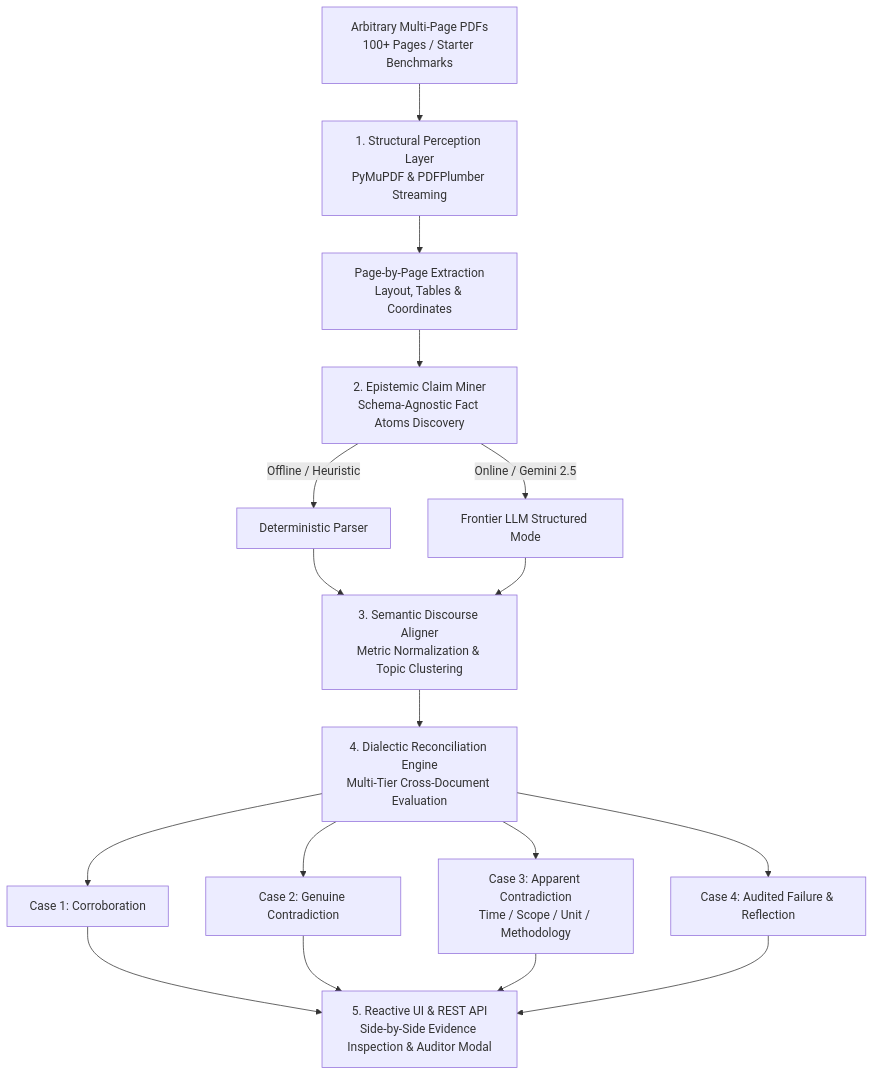
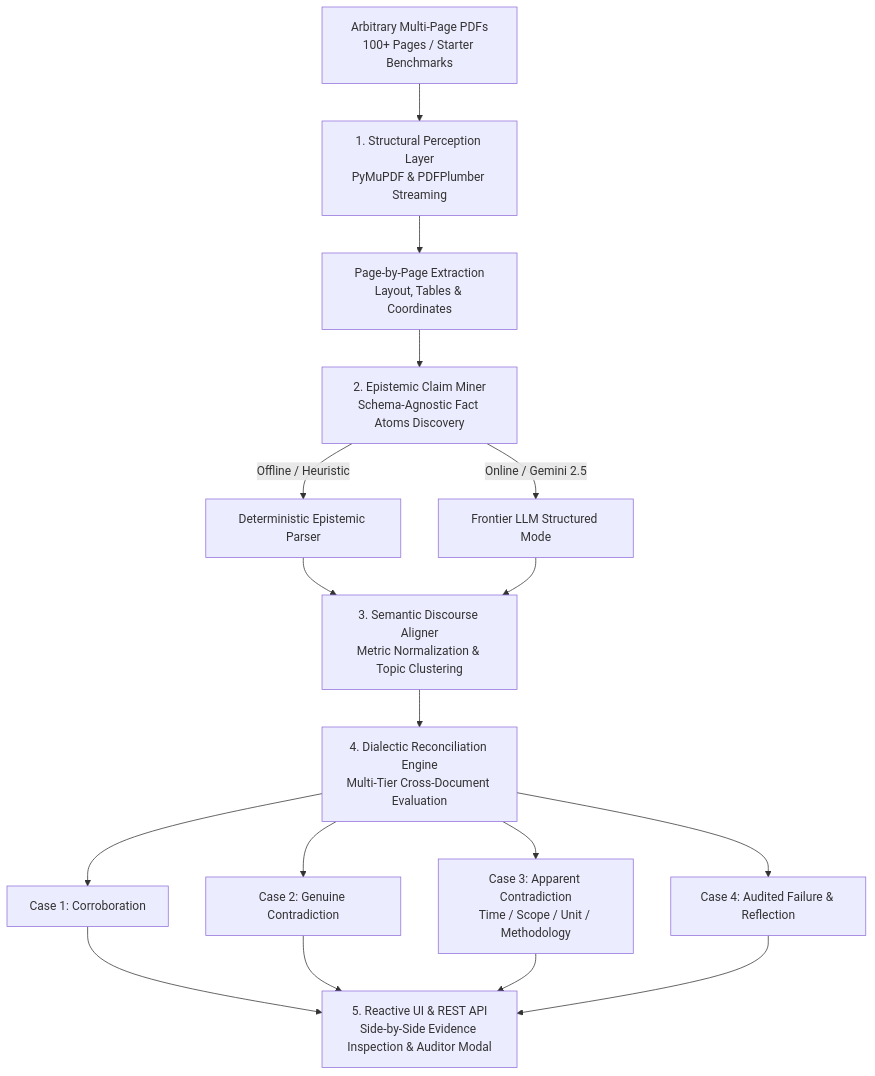
One commit to Hamsavardhan-om/fact-knowledge-analyser changed the diagram in README.md. Above: the diagram before and after it, drawn with Mermaid. The commit also changed other lines of this file, not shown here.

````diff
--- a/README.md
+++ b/README.md
@@ -138,24 +241,24 @@
 ```mermaid
 flowchart TD
     A[Arbitrary Multi-Page PDFs
 100+ Pages / Starter Benchmarks] --> B[1. Structural Perception Layer
 PyMuPDF & PDFPlumber Streaming]
     B --> C[Page-by-Page Extraction
 Layout, Tables & Coordinates]
     C --> D[2. Epistemic Claim Miner
 Schema-Agnostic Fact Atoms Discovery]
-    D -->|Offline / Heuristic| E[Deterministic Parser]
+    D -->|Offline / Heuristic| E[Deterministic Epistemic Parser]
     D -->|Online / Gemini 2.5| F[Frontier LLM Structured Mode]
     E --> G[3. Semantic Discourse Aligner
 Metric Normalization & Topic Clustering]
     F --> G
     G --> H[4. Dialectic Reconciliation Engine
 Multi-Tier Cross-Document Evaluation]
     H --> I[Case 1: Corroboration]
     H --> J[Case 2: Genuine Contradiction]
     H --> K[Case 3: Apparent Contradiction
 Time / Scope / Unit / Methodology]
     H --> L[Case 4: Audited Failure & Reflection]
     I & J & K & L --> M[5. Reactive UI & REST API
 Side-by-Side Evidence Inspection & Auditor Modal]
 ```
````
